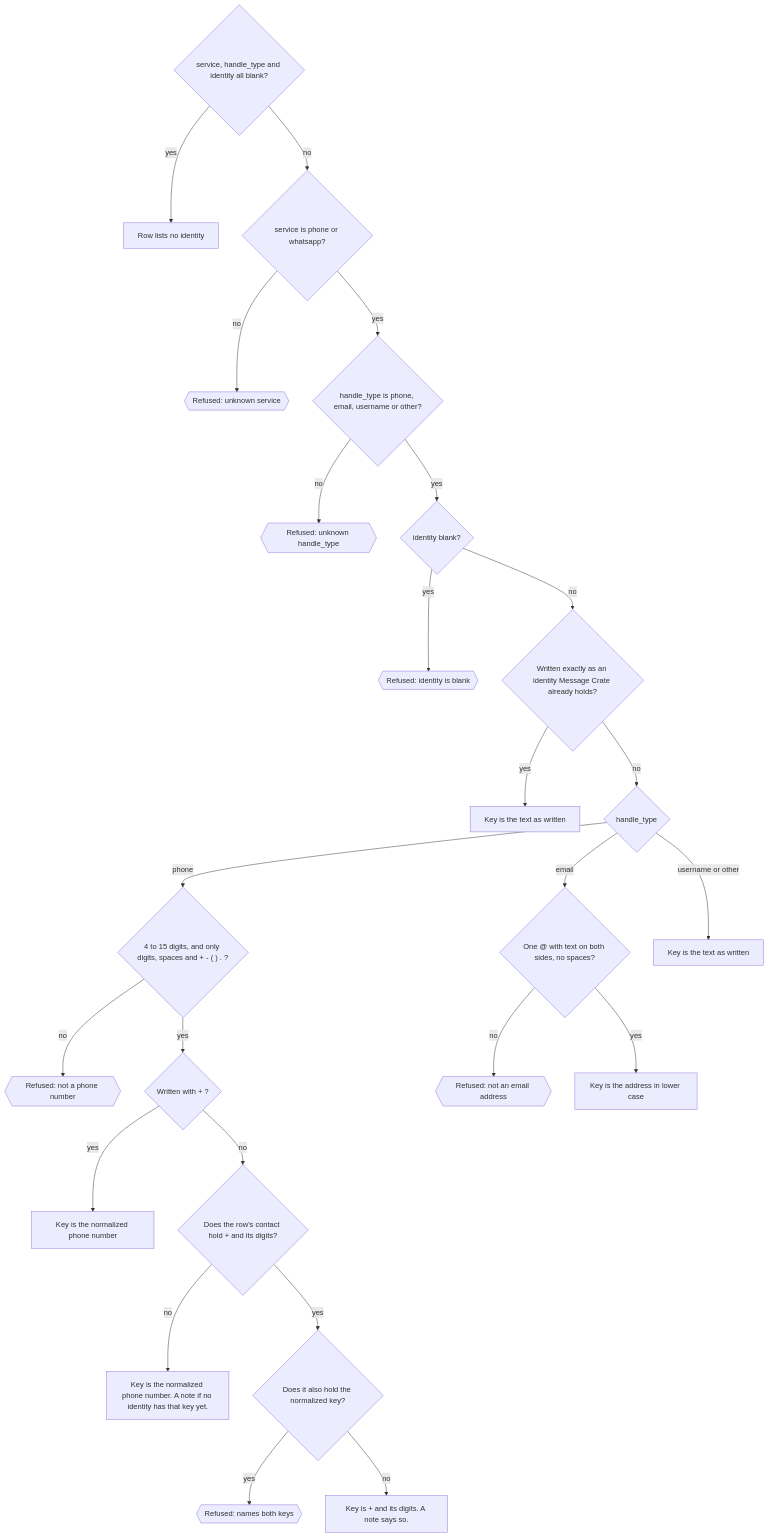
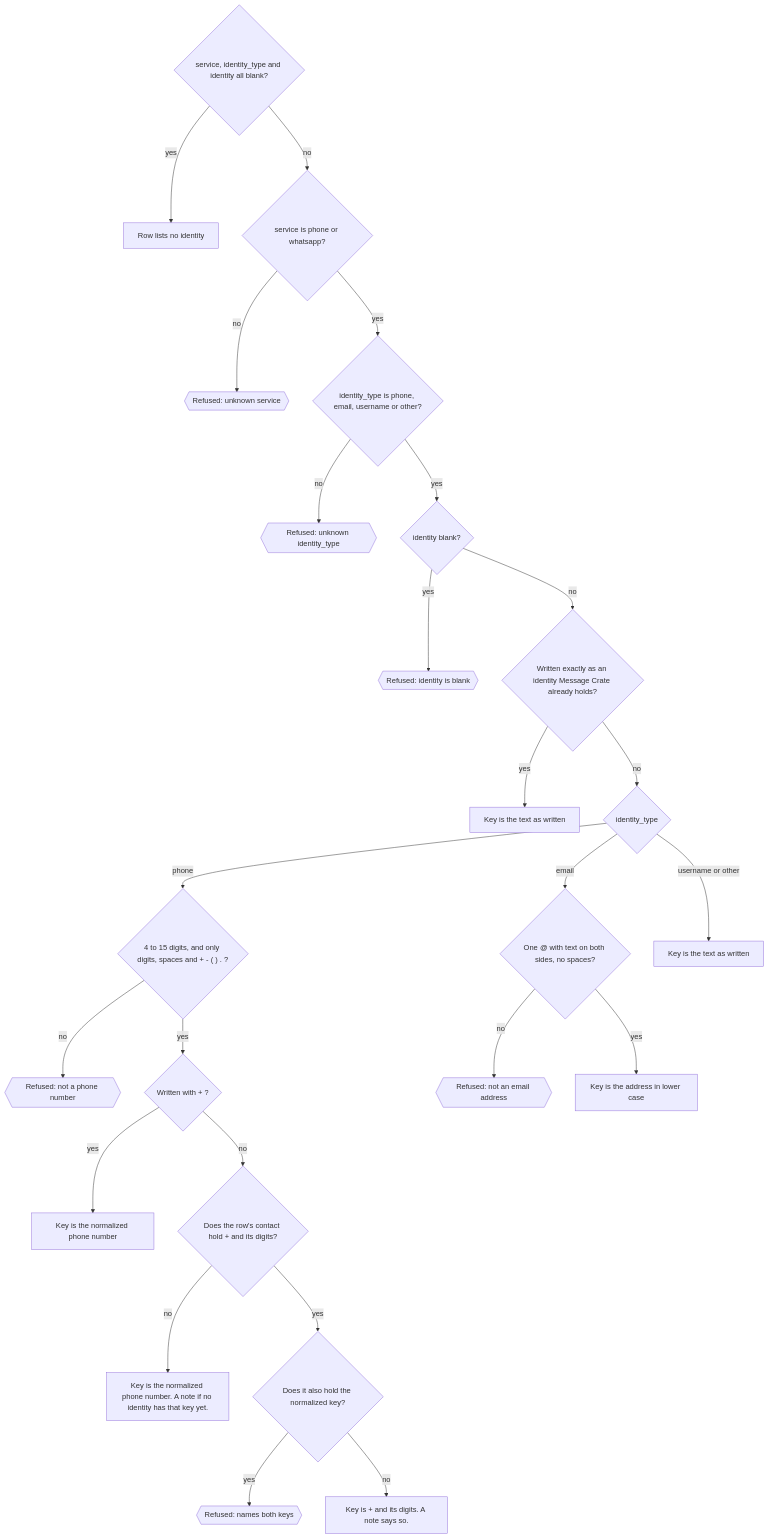
Before and after one commit to bitrealm-io/message-vault: the sixth of 8 diagrams in docs/architecture/how-contacts-are-made-and-changed.md, drawn with Mermaid. The commit also changed other lines of this file and 95 other files, not shown here.

````diff
--- a/docs/architecture/how-contacts-are-made-and-changed.md
+++ b/docs/architecture/how-contacts-are-made-and-changed.md
@@ -224,26 +224,26 @@
 ```mermaid
 flowchart TD
-  A{"service, handle_type and identity all blank?"} -- yes --> A1["Row lists no identity"]
+  A{"service, identity_type and identity all blank?"} -- yes --> A1["Row lists no identity"]
   A -- no --> B{"service is phone or whatsapp?"}
   B -- no --> R1{{"Refused: unknown service"}}
-  B -- yes --> C{"handle_type is phone, email, username or other?"}
-  C -- no --> R2{{"Refused: unknown handle_type"}}
+  B -- yes --> C{"identity_type is phone, email, username or other?"}
+  C -- no --> R2{{"Refused: unknown identity_type"}}
   C -- yes --> D{"identity blank?"}
   D -- yes --> R3{{"Refused: identity is blank"}}
   D -- no --> E{"Written exactly as an identity Message Crate already holds?"}
   E -- yes --> K["Key is the text as written"]
-  E -- no --> F{"handle_type"}
+  E -- no --> F{"identity_type"}
   F -- phone --> G{"4 to 15 digits, and only digits, spaces and + - ( ) . ?"}
   G -- no --> R4{{"Refused: not a phone number"}}
   G -- yes --> P{"Written with + ?"}
   P -- yes --> G1["Key is the normalized phone number"]
   P -- no --> Q{"Does the row's contact hold + and its digits?"}
   Q -- no --> G2["Key is the normalized phone number. A note if no identity has that key yet."]
   Q -- yes --> S{"Does it also hold the normalized key?"}
   S -- yes --> R6{{"Refused: names both keys"}}
   S -- no --> G3["Key is + and its digits. A note says so."]
   F -- email --> H{"One @ with text on both sides, no spaces?"}
   H -- no --> R5{{"Refused: not an email address"}}
   H -- yes --> H1["Key is the address in lower case"]
   F -- "username or other" --> I1["Key is the text as written"]
 ```
````
